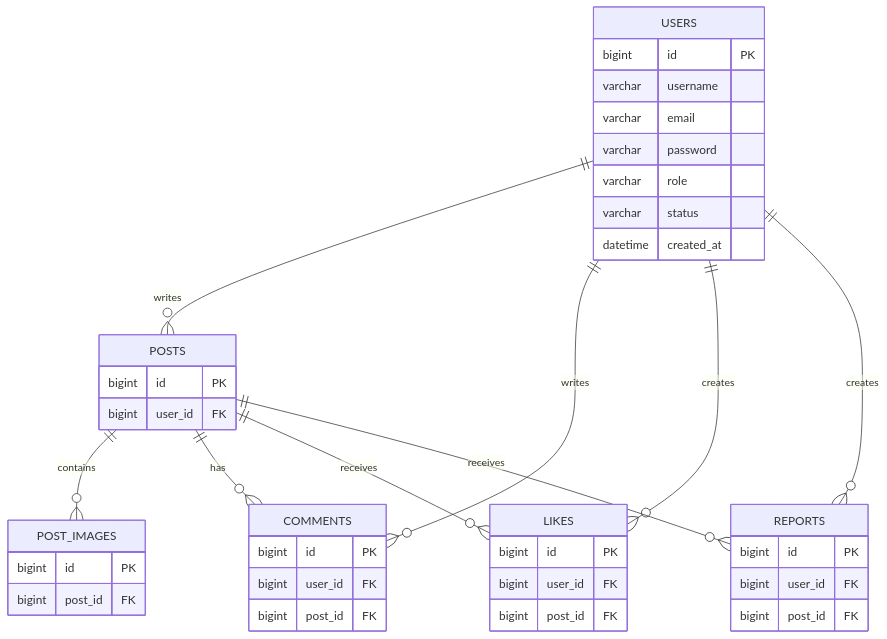
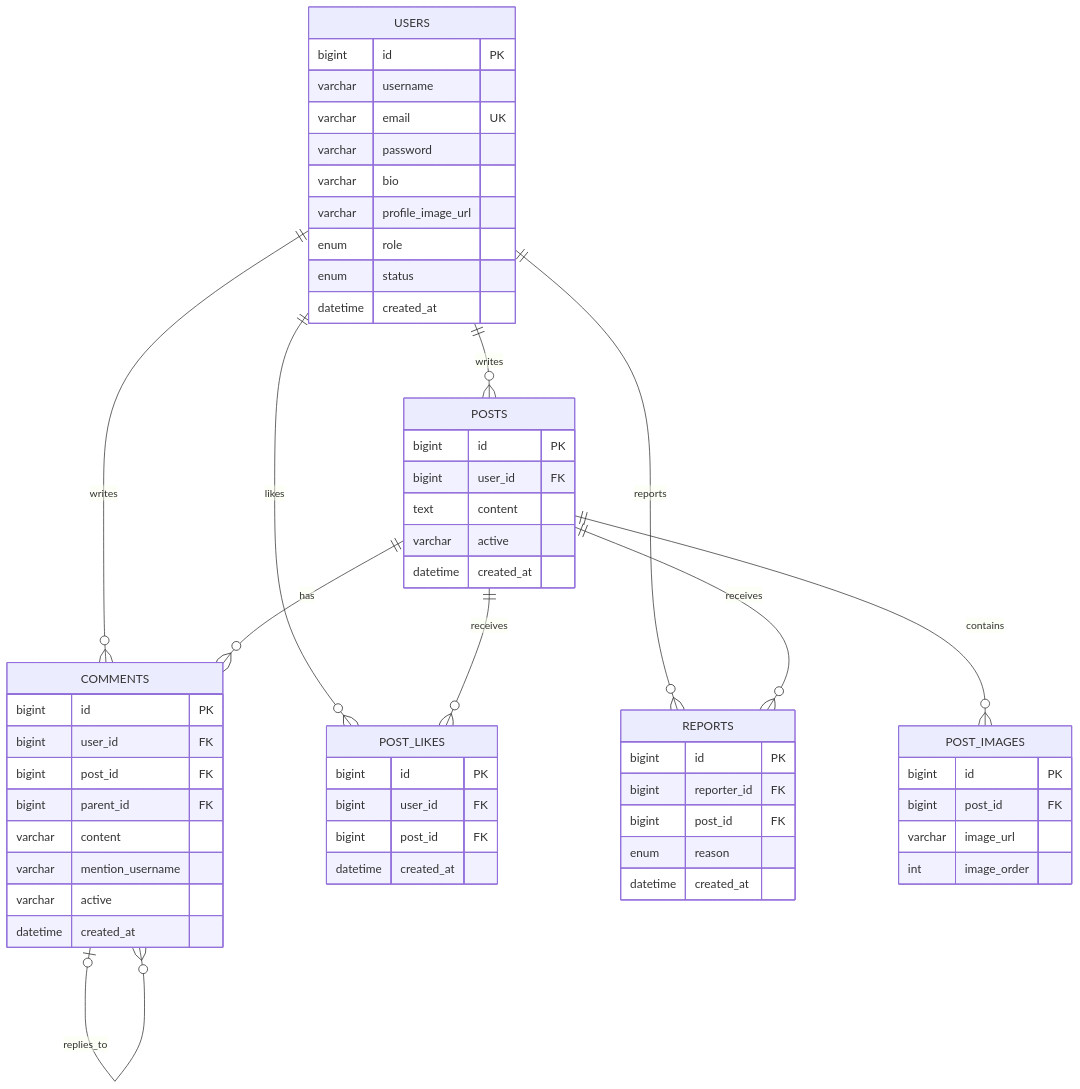
One commit to SubSou/pposong-backend changed the diagram in README.md. Above: the diagram before and after it, drawn with Mermaid.

````diff
--- a/README.md
+++ b/README.md
@@ -72,50 +72,67 @@
 ```mermaid
 erDiagram
     USERS ||--o{ POSTS : writes
     USERS ||--o{ COMMENTS : writes
-    USERS ||--o{ LIKES : creates
-    USERS ||--o{ REPORTS : creates
+    USERS ||--o{ POST_LIKES : likes
+    USERS ||--o{ REPORTS : reports
 
     POSTS ||--o{ POST_IMAGES : contains
     POSTS ||--o{ COMMENTS : has
-    POSTS ||--o{ LIKES : receives
+    POSTS ||--o{ POST_LIKES : receives
     POSTS ||--o{ REPORTS : receives
+
+    COMMENTS o|--o{ COMMENTS : replies_to
 
     USERS {
         bigint id PK
         varchar username
-        varchar email
+        varchar email UK
         varchar password
-        varchar role
-        varchar status
+        varchar bio
+        varchar profile_image_url
+        enum role
+        enum status
         datetime created_at
     }
 
     POSTS {
         bigint id PK
         bigint user_id FK
+        text content
+        varchar active
+        datetime created_at
     }
 
     POST_IMAGES {
         bigint id PK
         bigint post_id FK
+        varchar image_url
+        int image_order
     }
 
     COMMENTS {
         bigint id PK
         bigint user_id FK
         bigint post_id FK
+        bigint parent_id FK
+        varchar content
+        varchar mention_username
+        varchar active
+        datetime created_at
     }
 
-    LIKES {
+    POST_LIKES {
         bigint id PK
         bigint user_id FK
         bigint post_id FK
+        datetime created_at
     }
 
     REPORTS {
         bigint id PK
-        bigint user_id FK
+        bigint reporter_id FK
         bigint post_id FK
+        enum reason
+        datetime created_at
     }
 ```
````
